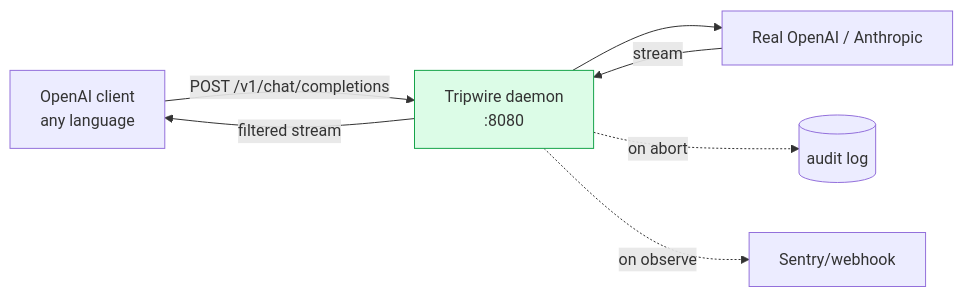
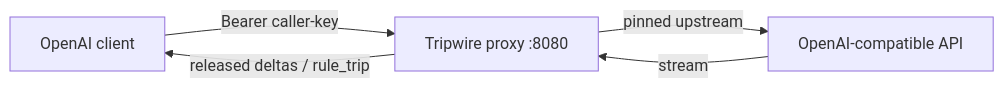
One commit to ykstorm/tripwire changed the second of 2 diagrams in docs/architecture.md. Above: the diagram before and after it, drawn with Mermaid. The commit also changed other lines of this file and 64 other files, not shown here.

````diff
--- a/docs/architecture.md
+++ b/docs/architecture.md
@@ -72,13 +71,7 @@
 ```mermaid
 graph LR
-    Client[OpenAI client<br/>any language] -->|POST /v1/chat/completions| T[Tripwire daemon<br/>:8080]
-    T --> Upstream[Real OpenAI / Anthropic]
-    Upstream -->|stream| T
-    T -->|filtered stream| Client
-
-    T -.->|on abort| Audit[(audit log)]
-    T -.->|on observe| Sentry[Sentry/webhook]
-
-    classDef daemon fill:#dcfce7,stroke:#16a34a
-    class T daemon
+    Client[OpenAI client] -->|Bearer caller-key| P[Tripwire proxy :8080]
+    P -->|pinned upstream| U[OpenAI-compatible API]
+    U -->|stream| P
+    P -->|released deltas / rule_trip| Client
 ```
````
